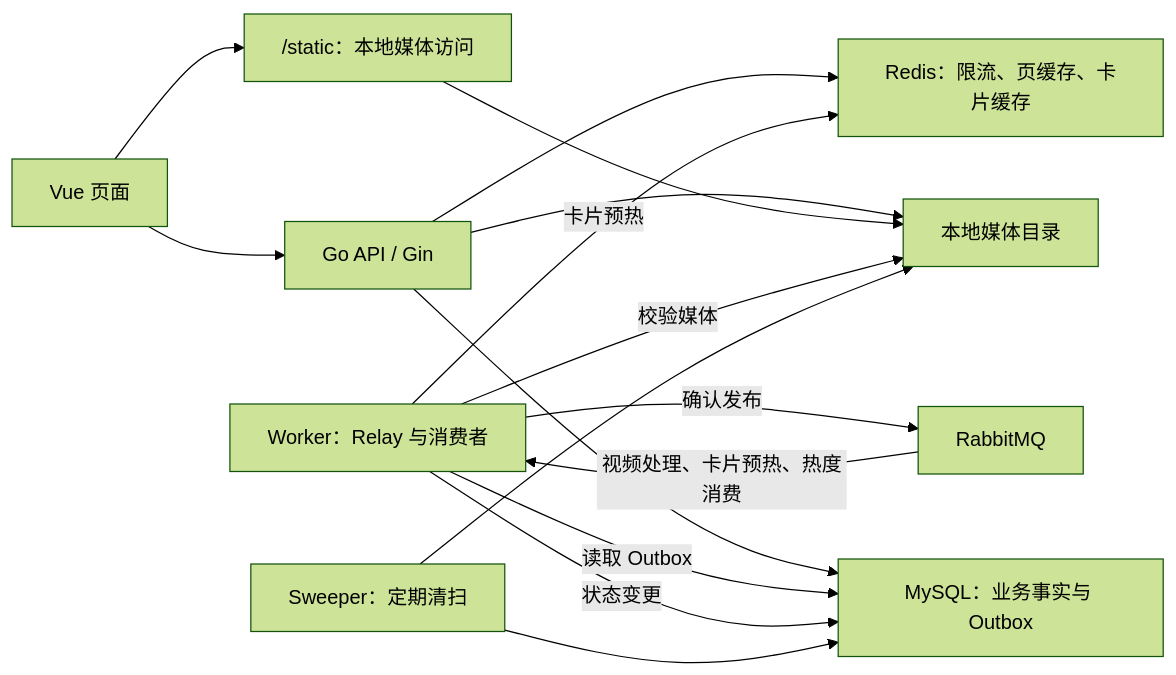
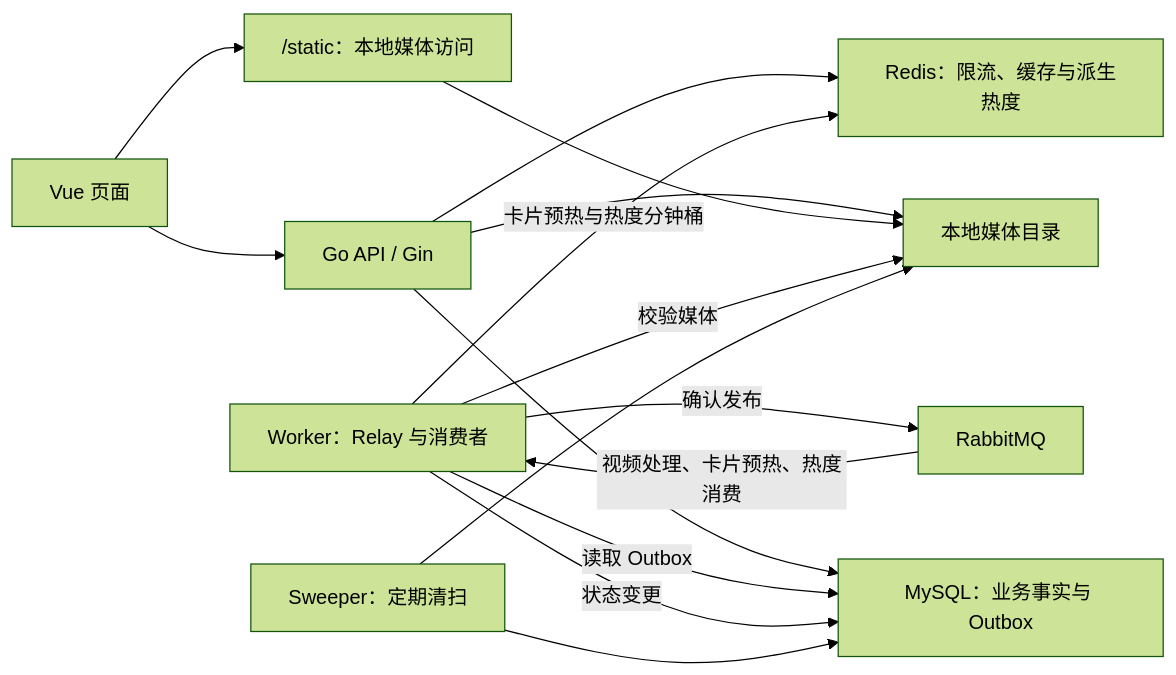
The first of 10 diagrams in docs/SOURCE_CODE_GUIDE.md (E1aina2007/GoFeed), drawn with Mermaid (forest theme) before and after one commit. The commit also changed other lines of this file and 14 other files, not shown here.

````diff
--- a/docs/SOURCE_CODE_GUIDE.md
+++ b/docs/SOURCE_CODE_GUIDE.md
@@ -33,17 +33,17 @@
 ```mermaid
 flowchart LR
     Browser["Vue 页面"] --> API["Go API / Gin"]
     API --> MySQL["MySQL：业务事实与 Outbox"]
-    API --> Redis["Redis：限流、页缓存、卡片缓存"]
+    API --> Redis["Redis：限流、缓存与派生热度"]
     Browser --> Static["/static：本地媒体访问"]
     API --> Files["本地媒体目录"]
     Static --> Files
     Worker["Worker：Relay 与消费者"] -->|读取 Outbox| MySQL
     Worker -->|确认发布| MQ["RabbitMQ"]
     MQ -->|视频处理、卡片预热、热度消费| Worker
     Worker -->|状态变更| MySQL
     Worker -->|校验媒体| Files
-    Worker -->|卡片预热| Redis
+    Worker -->|卡片预热与热度分钟桶| Redis
     Sweeper["Sweeper：定期清扫"] --> MySQL
     Sweeper --> Files
 ```
````
